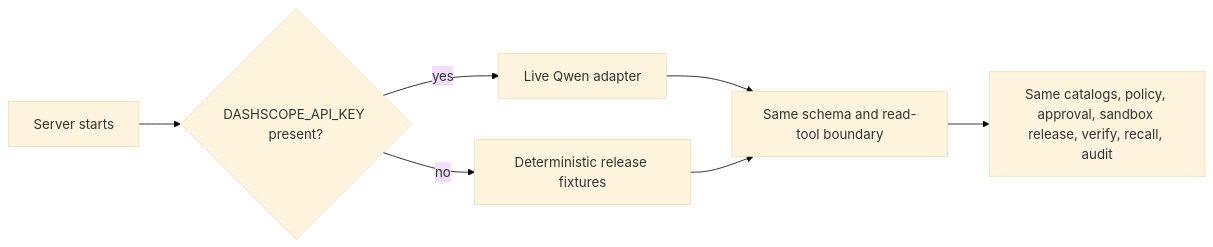
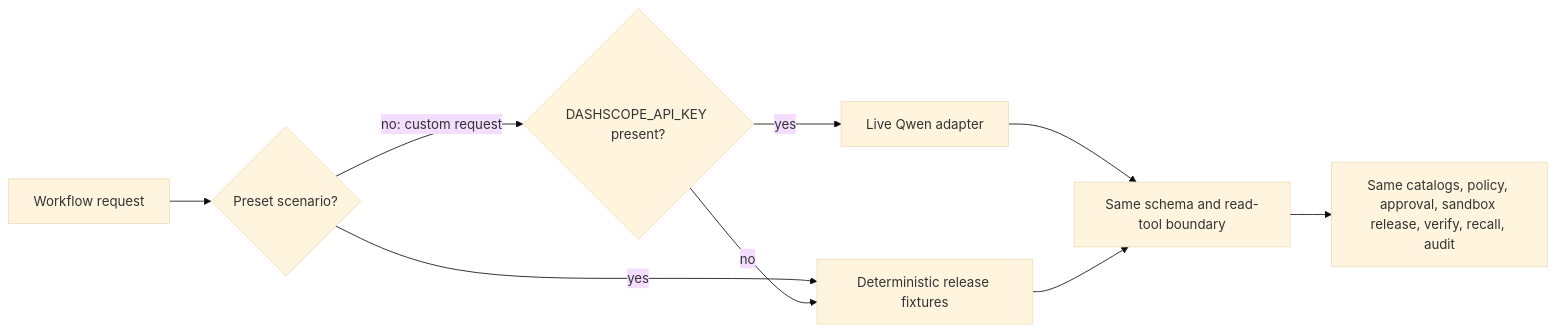
Before and after one commit to xiaodouzi666/releaseproof: the fourth of 5 diagrams in docs/architecture.md, drawn with Mermaid (base theme). The commit also changed other lines of this file and 11 other files, not shown here.

```diff
--- a/docs/architecture.md
+++ b/docs/architecture.md
@@ -234,9 +234,11 @@
 ~~~mermaid
 flowchart LR
-    Start[Server starts] --> Key{DASHSCOPE_API_KEY present?}
+    Start[Workflow request] --> Preset{Preset scenario?}
+    Preset -->|yes| Fixture[Deterministic release fixtures]
+    Preset -->|no: custom request| Key{DASHSCOPE_API_KEY present?}
     Key -->|yes| Live[Live Qwen adapter]
-    Key -->|no| Fixture[Deterministic release fixtures]
+    Key -->|no| Fixture
     Live --> Boundary[Same schema and read-tool boundary]
     Fixture --> Boundary
     Boundary --> Pipeline[Same catalogs, policy, approval, sandbox release, verify, recall, audit]
 ~~~
```
